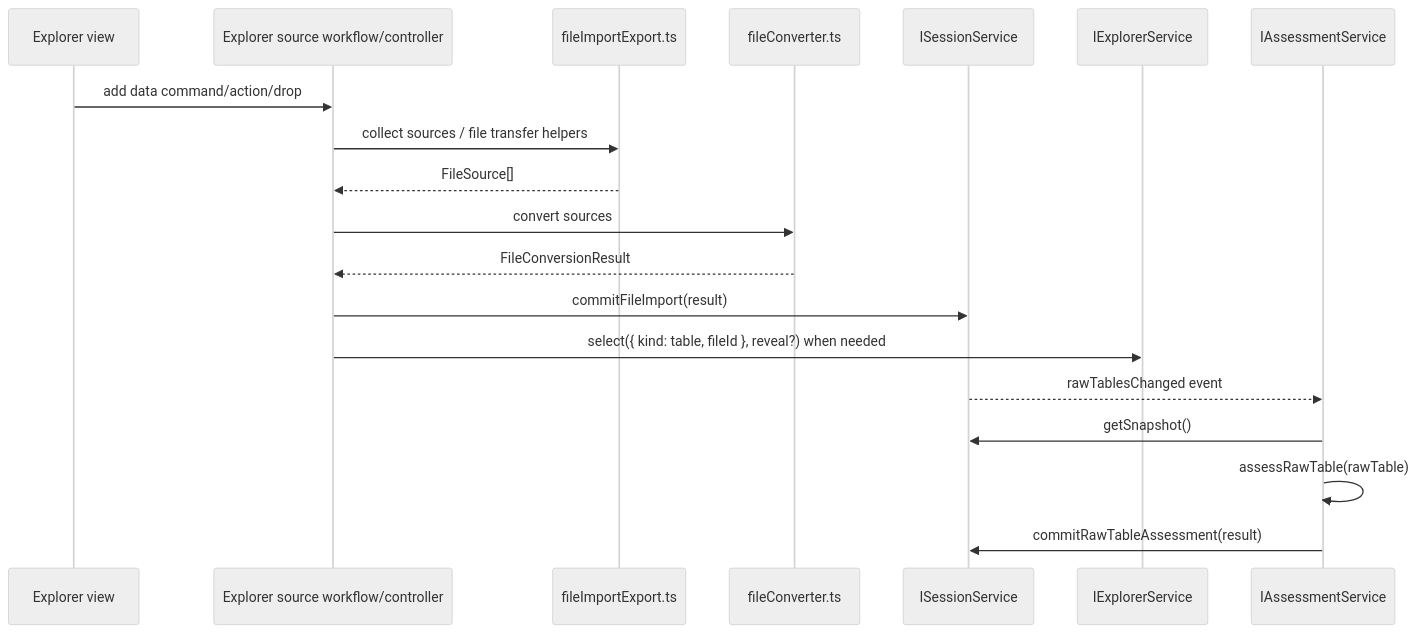
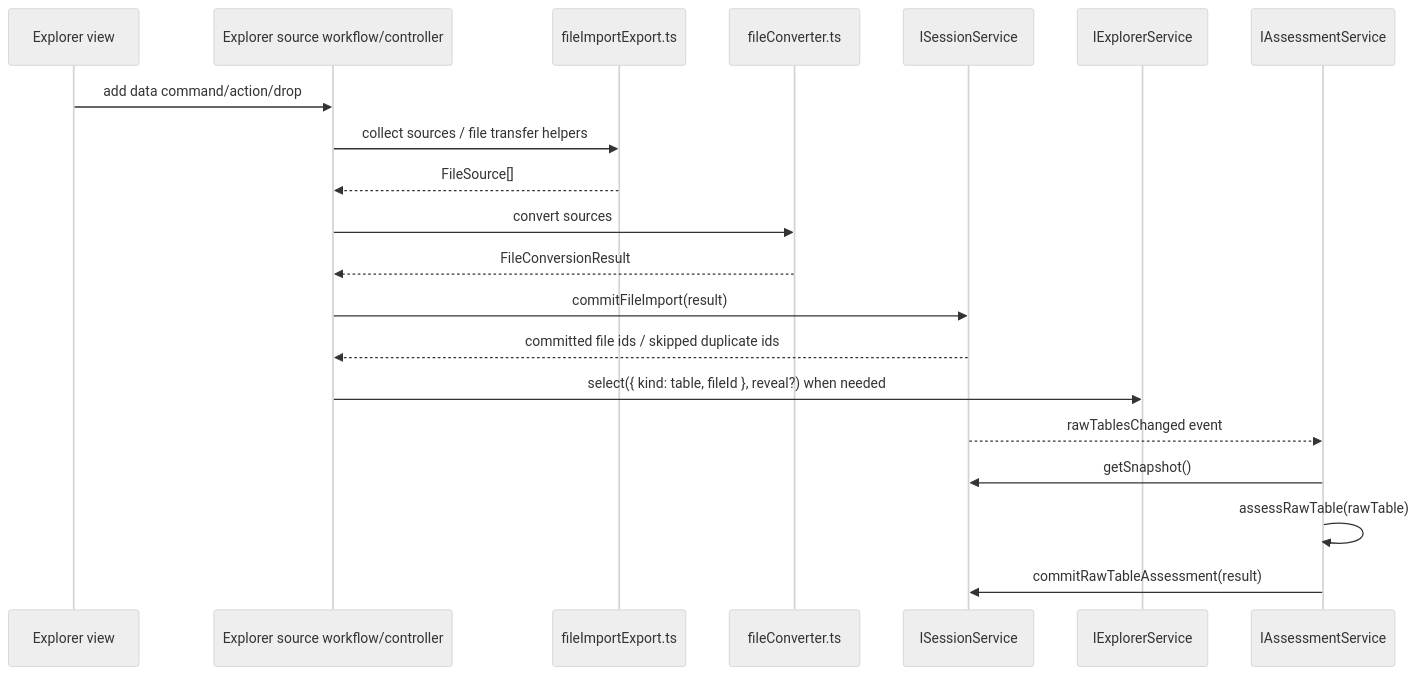
Before and after one commit to chogng/conductor: the fourth of 8 diagrams in .github/instructions/architecture.instructions.md, drawn with Mermaid (neutral theme). The commit also changed 12 other files, not shown here.

Commit message:
Ignore duplicate file imports during session commits

````diff
--- a/.github/instructions/architecture.instructions.md
+++ b/.github/instructions/architecture.instructions.md
@@ -669,22 +669,23 @@
 ```mermaid
 sequenceDiagram
     participant View as Explorer view
     participant Workflow as Explorer source workflow/controller
     participant Source as fileImportExport.ts
     participant Converter as fileConverter.ts
     participant Session as ISessionService
     participant Explorer as IExplorerService
     participant Assessment as IAssessmentService
 
     View->>Workflow: add data command/action/drop
     Workflow->>Source: collect sources / file transfer helpers
     Source-->>Workflow: FileSource[]
     Workflow->>Converter: convert sources
     Converter-->>Workflow: FileConversionResult
     Workflow->>Session: commitFileImport(result)
+    Session-->>Workflow: committed file ids / skipped duplicate ids
     Workflow->>Explorer: select({ kind: table, fileId }, reveal?) when needed
     Session-->>Assessment: rawTablesChanged event
     Assessment->>Session: getSnapshot()
     Assessment->>Assessment: assessRawTable(rawTable)
     Assessment->>Session: commitRawTableAssessment(result)
 ```
````
